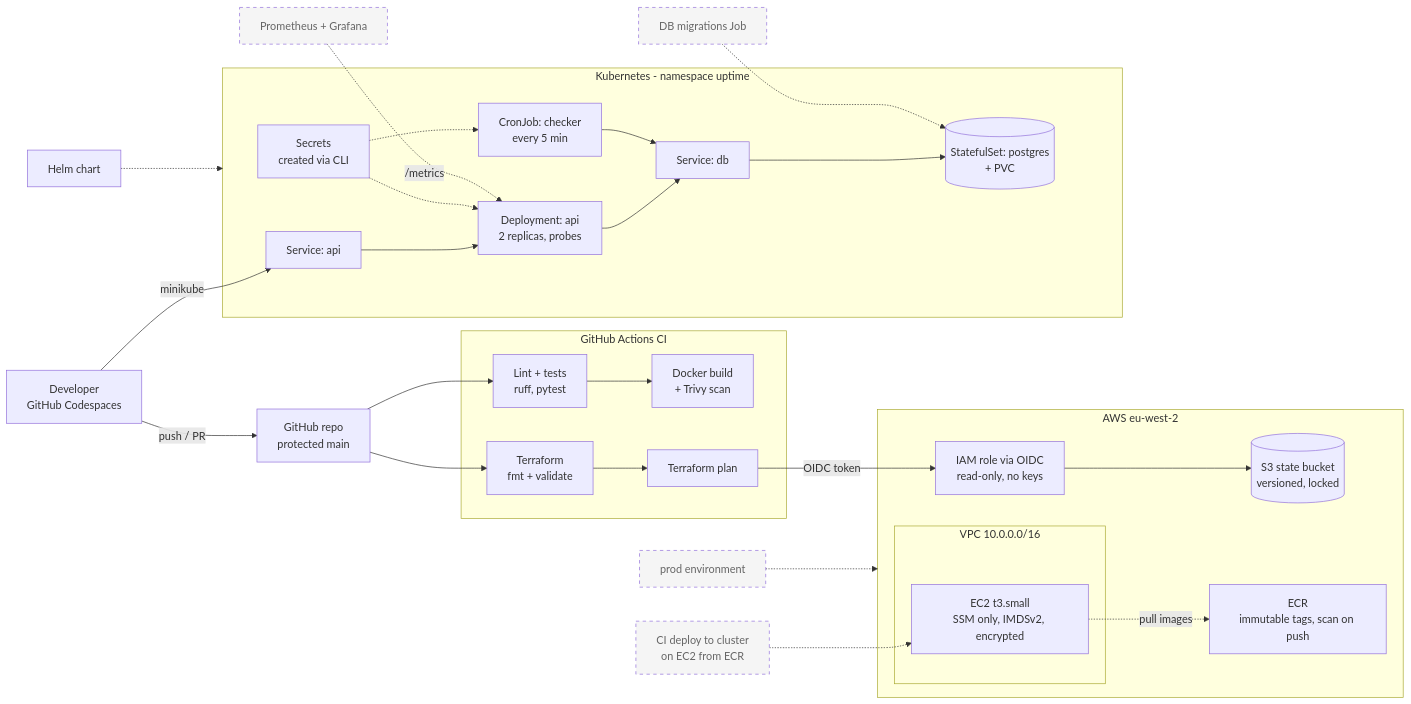
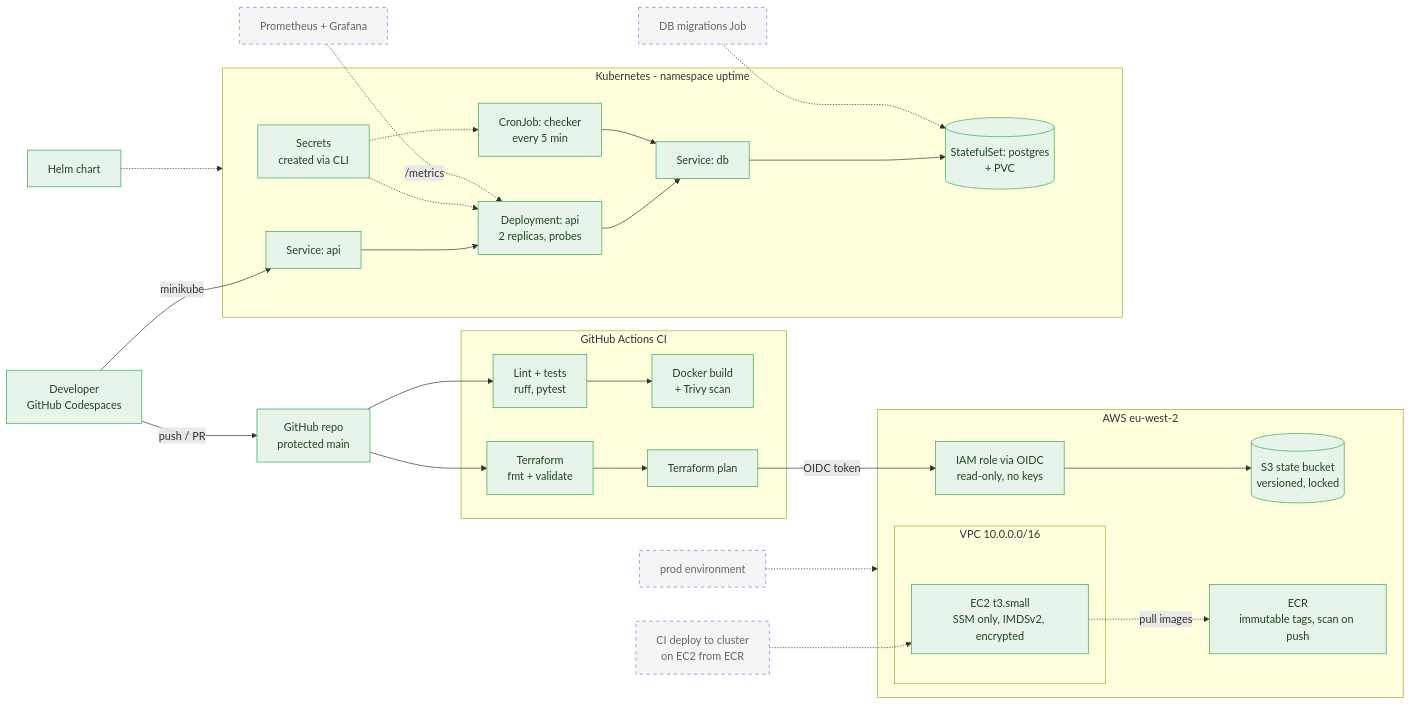
One commit to AmmaarahMaroof/aws-k8s-platform changed the diagram in README.md. Above: the diagram before and after it, drawn with Mermaid. The commit also changed other lines of this file, not shown here.

Commit message:
Update diagram: Helm chart, init container, Helm CI check

````diff
--- a/README.md
+++ b/README.md
@@ -9,50 +9,53 @@
 ```mermaid
 flowchart LR
     dev["Developer<br/>GitHub Codespaces"] -->|"push / PR"| repo["GitHub repo<br/>protected main"]
 
     subgraph ci["GitHub Actions CI"]
         test["Lint + tests<br/>ruff, pytest"]
         scan["Docker build<br/>+ Trivy scan"]
         tfcheck["Terraform<br/>fmt + validate"]
         tfplan["Terraform plan"]
     end
     repo --> test --> scan
     repo --> tfcheck --> tfplan
 
     subgraph aws["AWS eu-west-2"]
         oidc["IAM role via OIDC<br/>read-only, no keys"]
         state[("S3 state bucket<br/>versioned, locked")]
         ecr["ECR<br/>immutable tags, scan on push"]
         subgraph vpc["VPC 10.0.0.0/16"]
             ec2["EC2 t3.small<br/>SSM only, IMDSv2, encrypted"]
         end
     end
     tfplan -->|"OIDC token"| oidc
     oidc --> state
     ec2 -.->|"pull images"| ecr
 
     subgraph k8s["Kubernetes - namespace uptime"]
         svcapi["Service: api"] --> api["Deployment: api<br/>2 replicas, probes"]
         cron["CronJob: checker<br/>every 5 min"]
         svcdb["Service: db"] --> pg[("StatefulSet: postgres<br/>+ PVC")]
         secret["Secrets<br/>created via CLI"]
         api --> svcdb
         cron --> svcdb
         secret -.-> api
         secret -.-> cron
     end
     dev -->|"minikube"| svcapi
 
     helm["Helm chart"]
     mig["DB migrations Job"]:::planned
     deploy["CI deploy to cluster<br/>on EC2 from ECR"]:::planned
     obs["Prometheus + Grafana"]:::planned
     prod["prod environment"]:::planned
     helm -.-> k8s
     mig -.-> pg
     deploy -.-> ec2
     obs -.->|"/metrics"| api
     prod -.-> aws
 
     classDef planned stroke-dasharray: 5 5,fill:#f5f5f5,color:#666
+
+        classDef built fill:#e6f4ea,stroke:#34a853,color:#1e4620
+    class dev,repo,test,scan,tfcheck,tfplan,helmlint,oidc,state,ecr,ec2,svcapi,api,cron,svcdb,pg,secret,helm built
 ```
````
